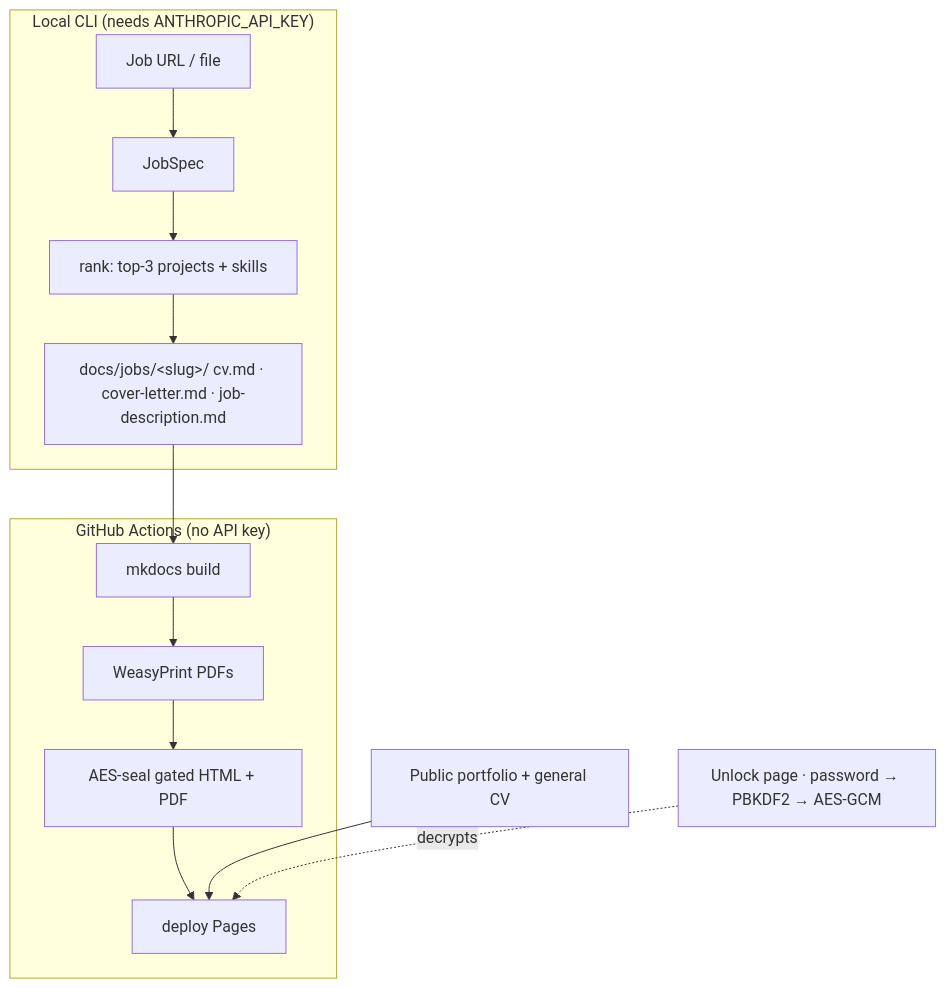
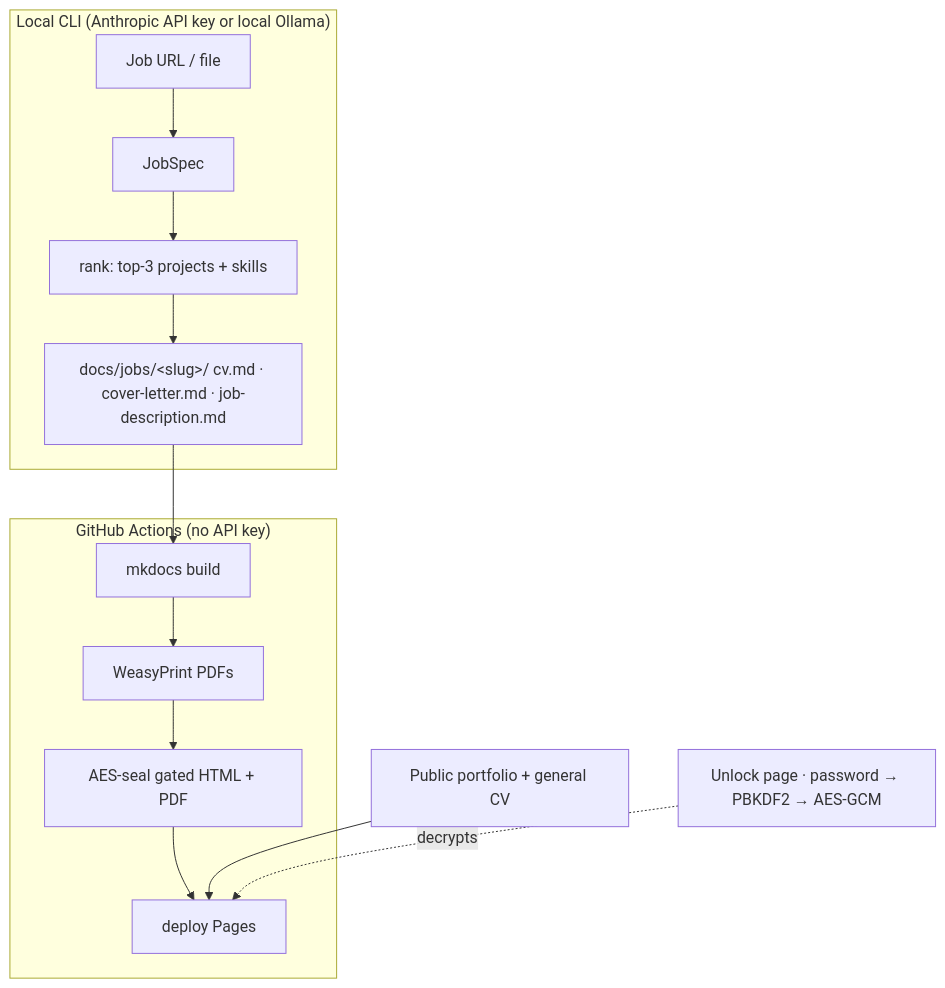
The diagram in README.md (radheem/my-cv), drawn with Mermaid before and after one commit. The commit also changed other lines of this file and 2 other files, not shown here.

First line of the commit message:
Docs: document Anthropic/Ollama providers; drop stale CV_TAILOR_BASE_URL

````diff
--- a/README.md
+++ b/README.md
@@ -14,12 +14,12 @@
 ```mermaid
 flowchart TB
-    subgraph local["Local CLI (needs ANTHROPIC_API_KEY)"]
+    subgraph local["Local CLI (Anthropic API key or local Ollama)"]
       JD[Job URL / file] --> SPEC[JobSpec] --> RANK[rank: top-3 projects + skills]
       RANK --> OUT[docs/jobs/&lt;slug&gt;/ cv.md · cover-letter.md · job-description.md]
     end
     subgraph ci["GitHub Actions (no API key)"]
       OUT --> MK[mkdocs build] --> PDF[WeasyPrint PDFs] --> ENC[AES-seal gated HTML + PDF] --> DEP[deploy Pages]
     end
     PUB[Public portfolio + general CV] --> DEP
     GATE[Unlock page · password → PBKDF2 → AES-GCM] -.decrypts.-> DEP
 ```
````
